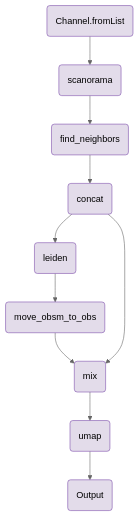
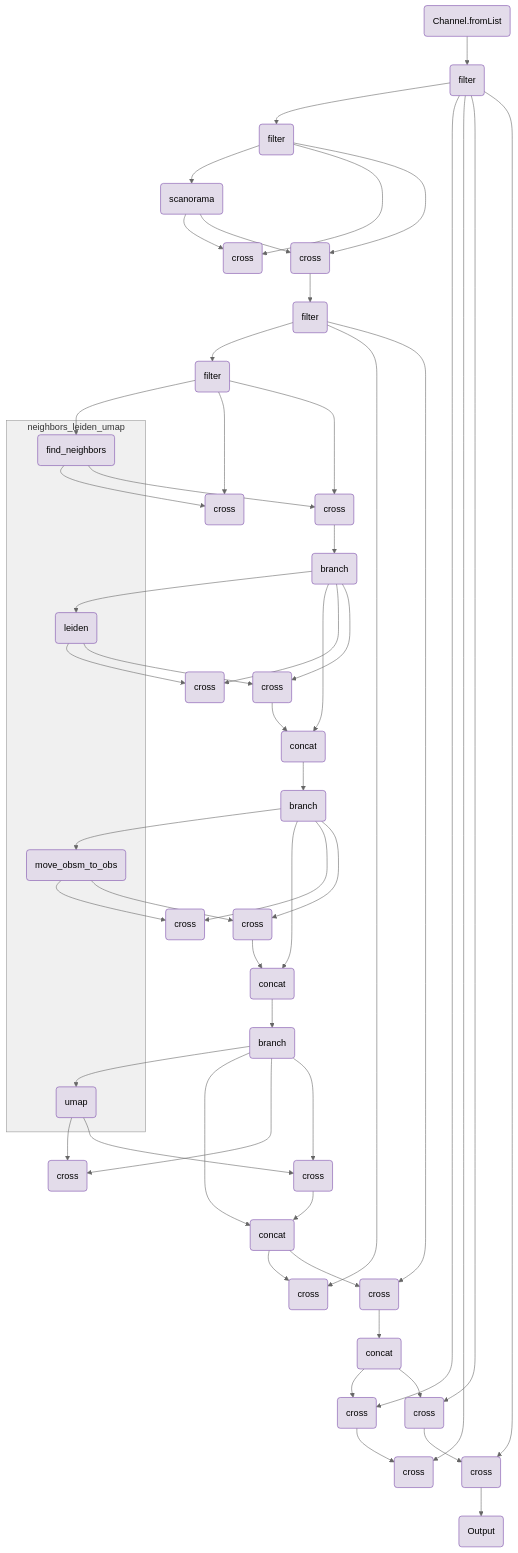
One commit to openpipelines-bio/website changed the diagram in components/workflows/integration/scanorama_leiden.qmd. Above: the diagram before and after it, drawn with Mermaid (neutral theme). The commit also changed other lines of this file and 149 other files, not shown here.

````diff
--- a/components/workflows/integration/scanorama_leiden.qmd
+++ b/components/workflows/integration/scanorama_leiden.qmd
@@ -157,31 +159,127 @@
 ```{mermaid}
 flowchart TB
     v0(Channel.fromList)
+    v2(filter)
+    v10(filter)
     v18(scanorama)
-    v49(concat)
-    v38(find_neighbors)
-    v59(leiden)
-    v79(move_obsm_to_obs)
-    v92(mix)
-    v101(umap)
-    v128(Output)
-    v0-->v18
-    v18-->v38
-    v38-->v49
-    v49-->v59
-    v59-->v79
-    v79-->v92
-    v49-->v92
-    v92-->v101
-    v101-->v128
+    v25(cross)
+    v35(cross)
+    v41(filter)
+    v195(concat)
+    v50(filter)
+    v65(cross)
+    v75(cross)
+    v84(branch)
+    v111(concat)
+    v96(cross)
+    v106(cross)
+    v115(branch)
+    v142(concat)
+    v127(cross)
+    v137(cross)
+    v146(branch)
+    v173(concat)
+    v158(cross)
+    v168(cross)
+    v180(cross)
+    v190(cross)
+    v202(cross)
+    v209(cross)
+    v221(cross)
+    v228(cross)
+    v232(Output)
+    subgraph group_neighbors_leiden_umap [neighbors_leiden_umap]
+        v58(find_neighbors)
+        v89(leiden)
+        v120(move_obsm_to_obs)
+        v151(umap)
+    end
+    v84-->v111
+    v115-->v142
+    v146-->v173
+    v0-->v2
+    v2-->v10
+    v10-->v18
+    v18-->v25
+    v10-->v25
+    v10-->v35
+    v41-->v50
+    v50-->v58
+    v58-->v65
+    v50-->v65
+    v50-->v75
+    v84-->v89
+    v89-->v96
+    v84-->v96
+    v84-->v106
+    v106-->v111
+    v115-->v120
+    v120-->v127
+    v115-->v127
+    v115-->v137
+    v137-->v142
+    v146-->v151
+    v151-->v158
+    v146-->v158
+    v146-->v168
+    v168-->v173
+    v173-->v180
+    v41-->v180
+    v41-->v190
+    v190-->v195
+    v195-->v202
+    v2-->v202
+    v202-->v209
+    v2-->v209
+    v2-->v221
+    v221-->v228
+    v2-->v228
+    v228-->v232
+    v35-->v41
+    v18-->v35
+    v58-->v75
+    v75-->v84
+    v89-->v106
+    v111-->v115
+    v120-->v137
+    v142-->v146
+    v151-->v168
+    v173-->v190
+    v195-->v221
+    style group_neighbors_leiden_umap fill:#F0F0F0,stroke:#969696;
     style v0 fill:#e3dcea,stroke:#7a4baa;
+    style v2 fill:#e3dcea,stroke:#7a4baa;
+    style v10 fill:#e3dcea,stroke:#7a4baa;
     style v18 fill:#e3dcea,stroke:#7a4baa;
-    style v49 fill:#e3dcea,stroke:#7a4baa;
-    style v38 fill:#e3dcea,stroke:#7a4baa;
-    style v59 fill:#e3dcea,stroke:#7a4baa;
-    style v79 fill:#e3dcea,stroke:#7a4baa;
-    style v92 fill:#e3dcea,stroke:#7a4baa;
-    style v101 fill:#e3dcea,stroke:#7a4baa;
-    style v128 fill:#e3dcea,stroke:#7a4baa;
+    style v25 fill:#e3dcea,stroke:#7a4baa;
+    style v35 fill:#e3dcea,stroke:#7a4baa;
+    style v41 fill:#e3dcea,stroke:#7a4baa;
+    style v195 fill:#e3dcea,stroke:#7a4baa;
+    style v50 fill:#e3dcea,stroke:#7a4baa;
+    style v58 fill:#e3dcea,stroke:#7a4baa;
+    style v65 fill:#e3dcea,stroke:#7a4baa;
+    style v75 fill:#e3dcea,stroke:#7a4baa;
+    style v84 fill:#e3dcea,stroke:#7a4baa;
+    style v111 fill:#e3dcea,stroke:#7a4baa;
+    style v89 fill:#e3dcea,stroke:#7a4baa;
+    style v96 fill:#e3dcea,stroke:#7a4baa;
+    style v106 fill:#e3dcea,stroke:#7a4baa;
+    style v115 fill:#e3dcea,stroke:#7a4baa;
+    style v142 fill:#e3dcea,stroke:#7a4baa;
+    style v120 fill:#e3dcea,stroke:#7a4baa;
+    style v127 fill:#e3dcea,stroke:#7a4baa;
+    style v137 fill:#e3dcea,stroke:#7a4baa;
+    style v146 fill:#e3dcea,stroke:#7a4baa;
+    style v173 fill:#e3dcea,stroke:#7a4baa;
+    style v151 fill:#e3dcea,stroke:#7a4baa;
+    style v158 fill:#e3dcea,stroke:#7a4baa;
+    style v168 fill:#e3dcea,stroke:#7a4baa;
+    style v180 fill:#e3dcea,stroke:#7a4baa;
+    style v190 fill:#e3dcea,stroke:#7a4baa;
+    style v202 fill:#e3dcea,stroke:#7a4baa;
+    style v209 fill:#e3dcea,stroke:#7a4baa;
+    style v221 fill:#e3dcea,stroke:#7a4baa;
+    style v228 fill:#e3dcea,stroke:#7a4baa;
+    style v232 fill:#e3dcea,stroke:#7a4baa;
 
 ```
````
